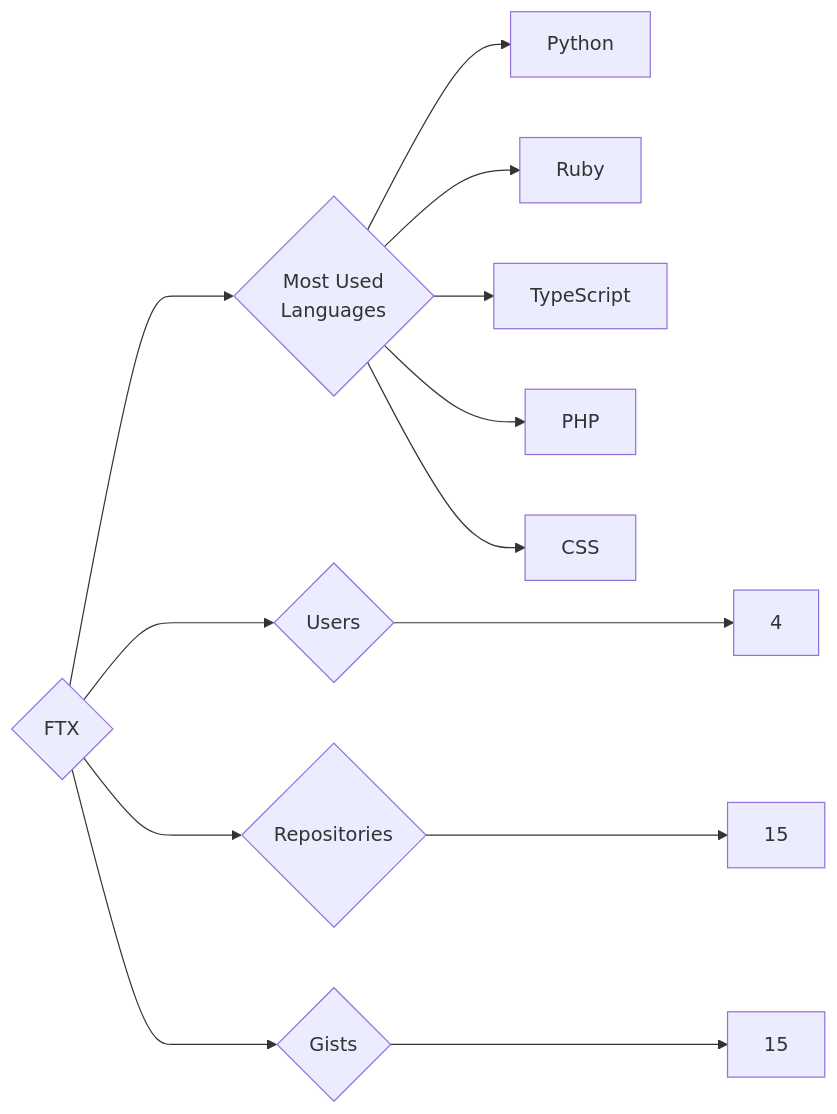
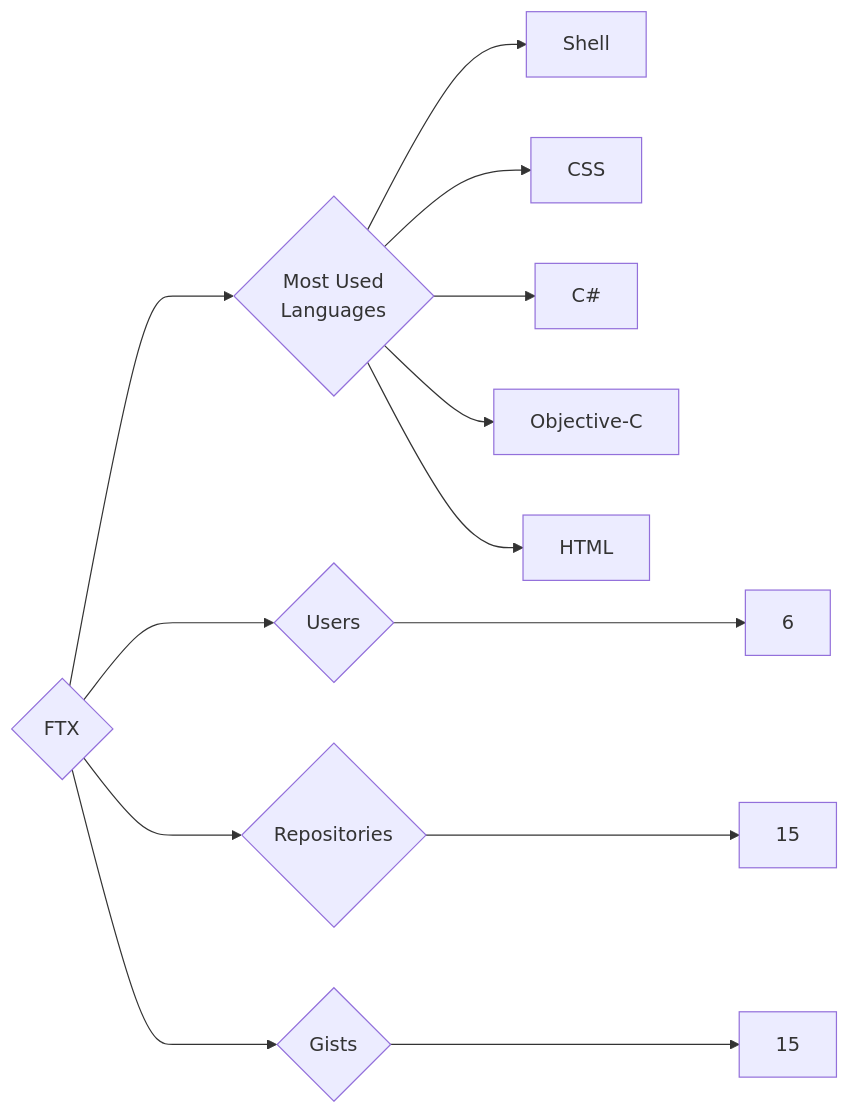
Before and after one commit to trickest/insiders: the diagram in targets/FTX/README.md, drawn with Mermaid. The commit also changed 1120 other files, not shown here.

````diff
--- a/targets/FTX/README.md
+++ b/targets/FTX/README.md
@@ -3,13 +3,13 @@
 ```mermaid
 graph LR
 COMPANY_NAME{FTX}
-COMPANY_NAME ---> U{Users} ---> UN[4]
+COMPANY_NAME ---> U{Users} ---> UN[6]
 COMPANY_NAME ---> R{Repositories} ---> RN[15]
 COMPANY_NAME ---> G{Gists} ---> GN[15]
 COMPANY_NAME ---> ML{Most Used<br>Languages}
-ML --> Python[Python]
-ML --> Ruby[Ruby]
-ML --> TypeScript[TypeScript]
-ML --> PHP[PHP]
+ML --> Shell[Shell]
 ML --> CSS[CSS]
+ML --> C#[C#]
+ML --> Objective-C[Objective-C]
+ML --> HTML[HTML]
 ```
````
